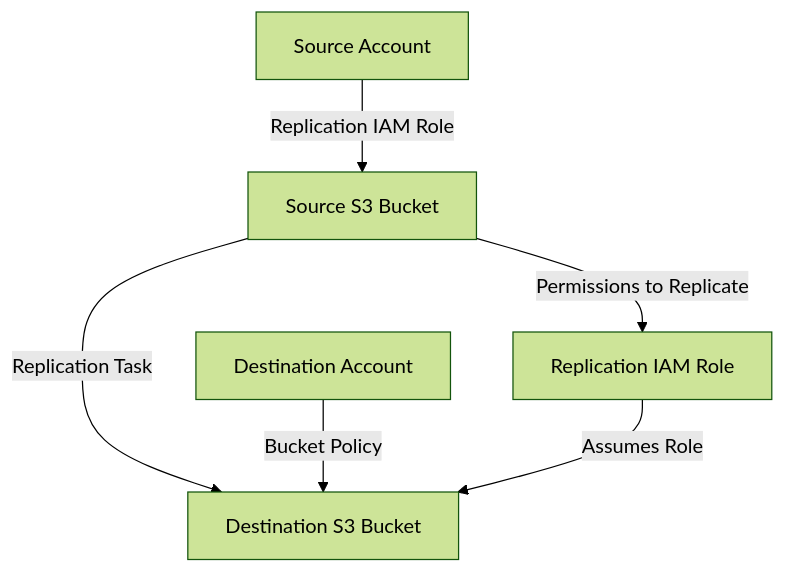
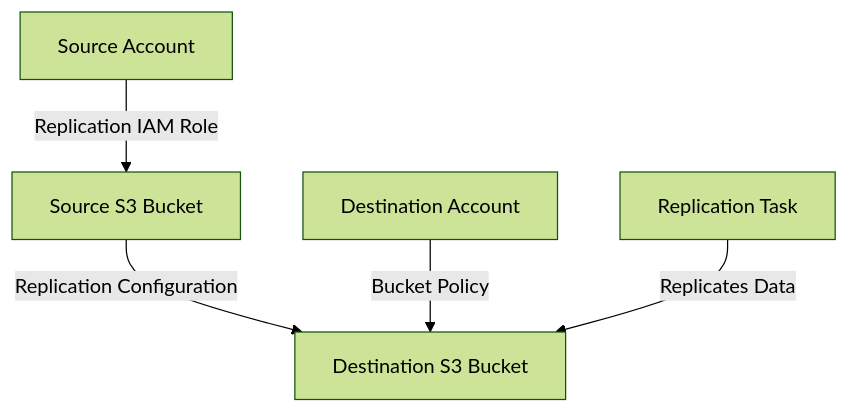
The third of 3 diagrams in aws-datasync/terraform/README.md (entechlog/aws-examples), drawn with Mermaid (forest theme) before and after one commit. The commit also changed other lines of this file, not shown here.

Commit message:
changes to update the mermaid diagram

````diff
--- a/aws-datasync/terraform/README.md
+++ b/aws-datasync/terraform/README.md
@@ -80,9 +84,7 @@
 ```mermaid
     graph TD;
         SourceAccount[Source Account] -->|Replication IAM Role| SourceS3Bucket[Source S3 Bucket]
-        SourceS3Bucket -->|Replication Task| DestinationS3Bucket[Destination S3 Bucket]
+        SourceS3Bucket -->|Replication Configuration| DestinationS3Bucket[Destination S3 Bucket]
         DestinationAccount[Destination Account] -->|Bucket Policy| DestinationS3Bucket
-
-        SourceS3Bucket -->|Permissions to Replicate| SourceRole[Replication IAM Role]
-        SourceRole -->|Assumes Role| DestinationS3Bucket
+        ReplicationTask[Replication Task] -->|Replicates Data| DestinationS3Bucket
 ```
````
